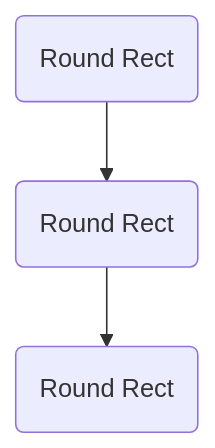
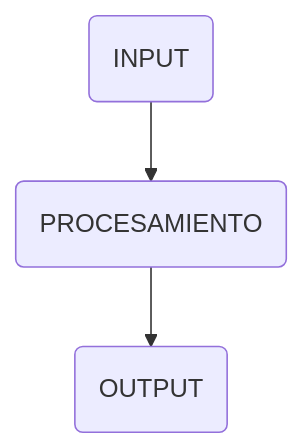
The diagram in README.md (FeD7791/voidFinderProject), drawn with Mermaid before and after one commit.

````diff
--- a/README.md
+++ b/README.md
@@ -24,5 +24,5 @@
 ```mermaid
   graph TD;
-      Input(Round Rect)-->Procesamiento(Round Rect);
-      Procesamiento-->Output(Round Rect);
+      Input(INPUT)-->Procesamiento(PROCESAMIENTO);
+      Procesamiento-->Output(OUTPUT);
 ```
````
